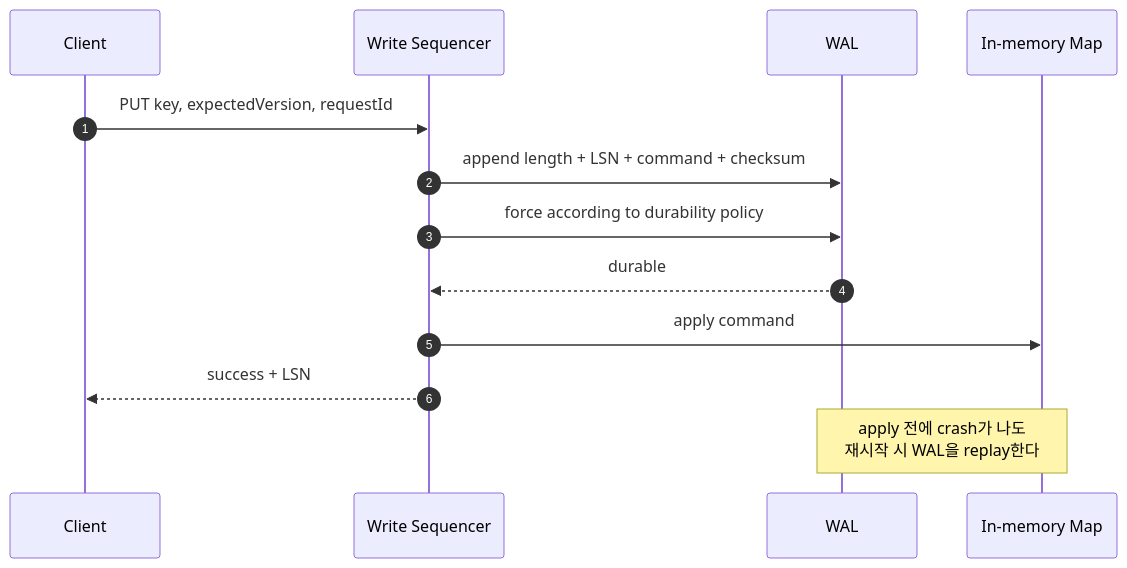
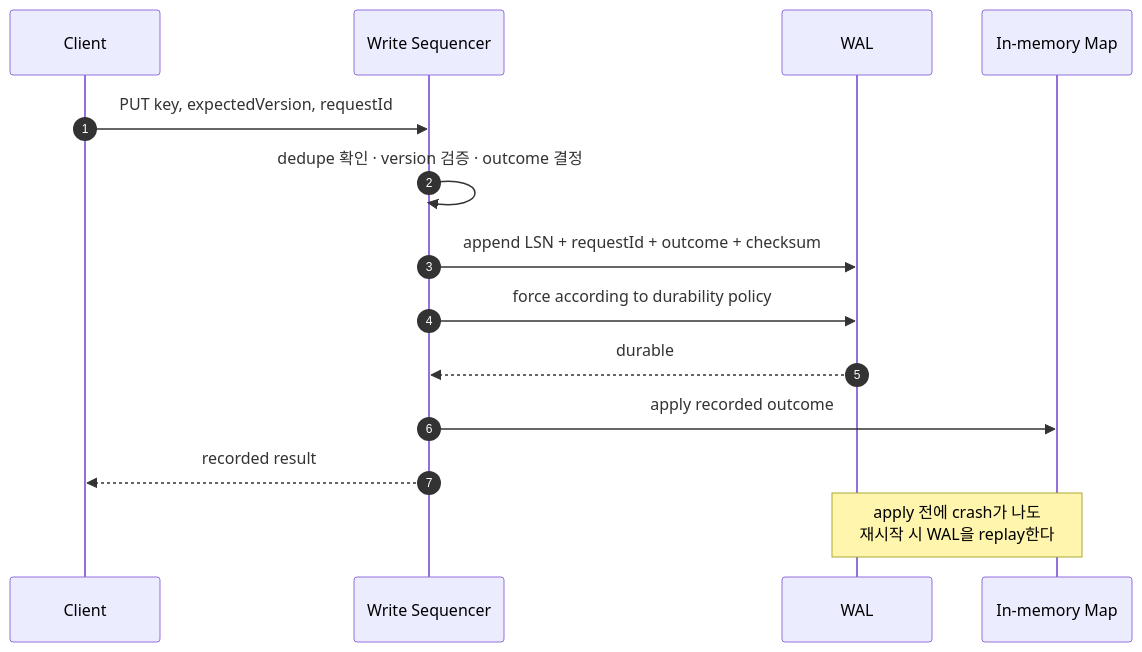
One commit to inchangson/inchangson.github.io changed the second of 2 diagrams in src/content/posts/concurrency-map-nosql-rdb-bridge.md. Above: the diagram before and after it, drawn with Mermaid. The commit also changed other lines of this file and 5 other files, not shown here.

````diff
--- a/src/content/posts/concurrency-map-nosql-rdb-bridge.md
+++ b/src/content/posts/concurrency-map-nosql-rdb-bridge.md
@@ -185,17 +191,18 @@
 ```mermaid
 sequenceDiagram
     autonumber
     participant C as Client
     participant Q as Write Sequencer
     participant W as WAL
     participant M as In-memory Map
 
     C->>Q: PUT key, expectedVersion, requestId
-    Q->>W: append length + LSN + command + checksum
+    Q->>Q: dedupe 확인 · version 검증 · outcome 결정
+    Q->>W: append LSN + requestId + outcome + checksum
     Q->>W: force according to durability policy
     W-->>Q: durable
-    Q->>M: apply command
-    Q-->>C: success + LSN
+    Q->>M: apply recorded outcome
+    Q-->>C: recorded result
 
     Note over W,M: apply 전에 crash가 나도<br/>재시작 시 WAL을 replay한다
 ```
````
